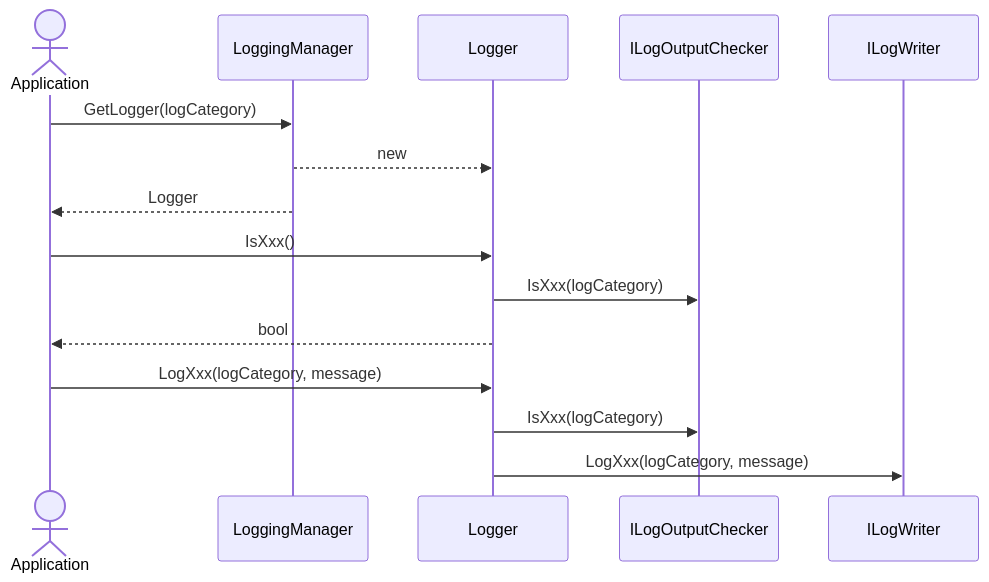
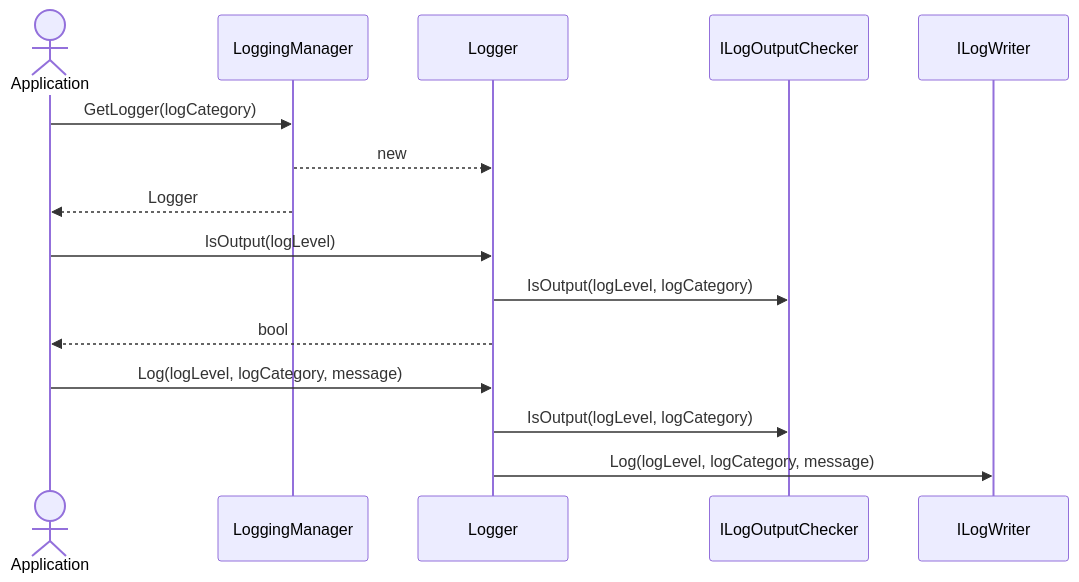
One commit to extreal-dev/Extreal.Guide changed the second of 2 diagrams in docs/core/logging.md. Above: the diagram before and after it, drawn with Mermaid. The commit also changed other lines of this file, not shown here.

````diff
--- a/docs/core/logging.md
+++ b/docs/core/logging.md
@@ -118,13 +115,13 @@
 ```mermaid
 sequenceDiagram
     actor Application
     Application->>LoggingManager: GetLogger(logCategory)
     LoggingManager-->>Logger: new
     LoggingManager-->>Application: Logger
-    Application->>Logger: IsXxx()
-    Logger->>ILogOutputChecker: IsXxx(logCategory)
+    Application->>Logger: IsOutput(logLevel)
+    Logger->>ILogOutputChecker: IsOutput(logLevel, logCategory)
     Logger-->>Application: bool
-    Application->>Logger: LogXxx(logCategory, message)
-    Logger->>ILogOutputChecker: IsXxx(logCategory)
-    Logger->>ILogWriter: LogXxx(logCategory, message)
+    Application->>Logger: Log(logLevel, logCategory, message)
+    Logger->>ILogOutputChecker: IsOutput(logLevel, logCategory)
+    Logger->>ILogWriter: Log(logLevel, logCategory, message)
 ```
````
